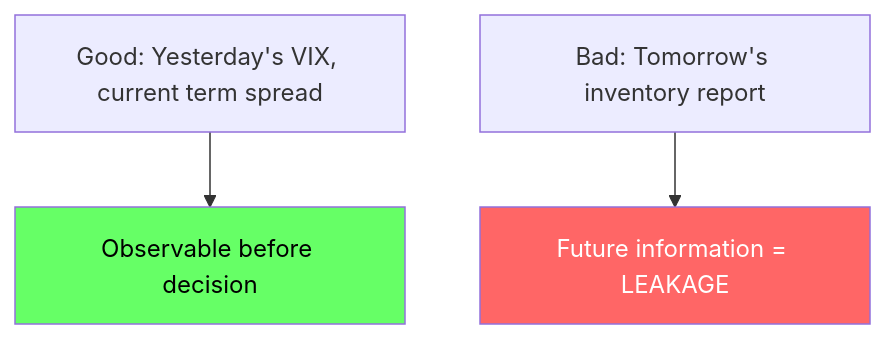
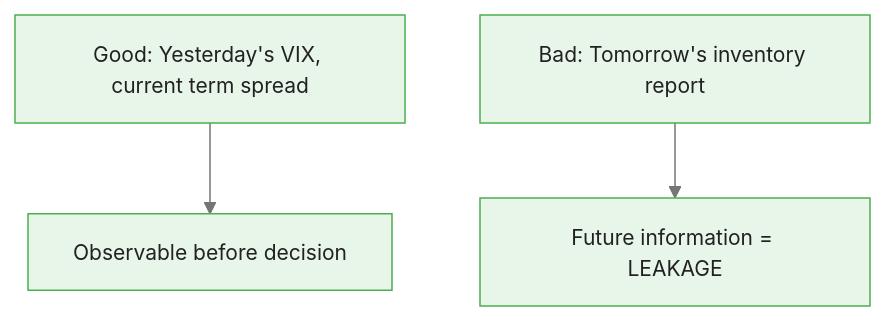
One commit to m-deane/course-creator changed the third of 4 diagrams in courses/multi-armed-bandits-ab-testing/modules/module_03_contextual_bandits/guides/01_contextual_bandit_framework_slides.md. Above: the diagram before and after it, drawn with Mermaid. The commit also changed other lines of this file and 146 other files, not shown here.

````diff
--- a/courses/multi-armed-bandits-ab-testing/modules/module_03_contextual_bandits/guides/01_contextual_bandit_framework_slides.md
+++ b/courses/multi-armed-bandits-ab-testing/modules/module_03_contextual_bandits/guides/01_contextual_bandit_framework_slides.md
@@ -164,7 +210,6 @@
 ```mermaid
+%%{init: {"theme": "base", "themeVariables": {"primaryColor": "#e8f5e9", "primaryBorderColor": "#4caf50", "primaryTextColor": "#212121", "secondaryColor": "#e3f2fd", "tertiaryColor": "#fff8e1", "lineColor": "#757575", "fontFamily": "Inter, sans-serif", "fontSize": "14px"}}}%%
 flowchart TD
     Good["Good: Yesterday's VIX, current term spread"] --> OK["Observable before decision"]
     Bad["Bad: Tomorrow's inventory report"] --> Leak["Future information = LEAKAGE"]
-    style Leak fill:#f66,color:#fff
-    style OK fill:#6f6,color:#000
 ```
````
